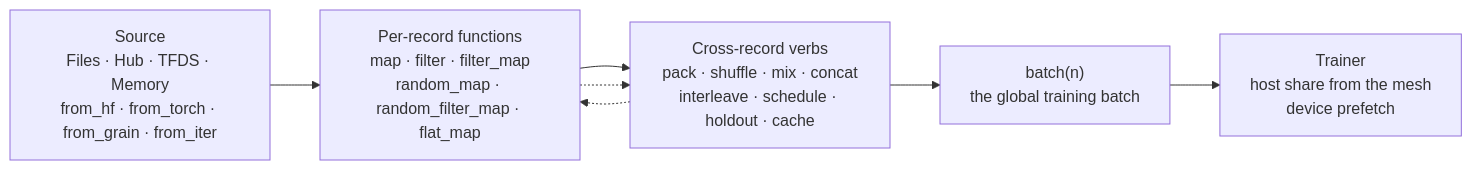
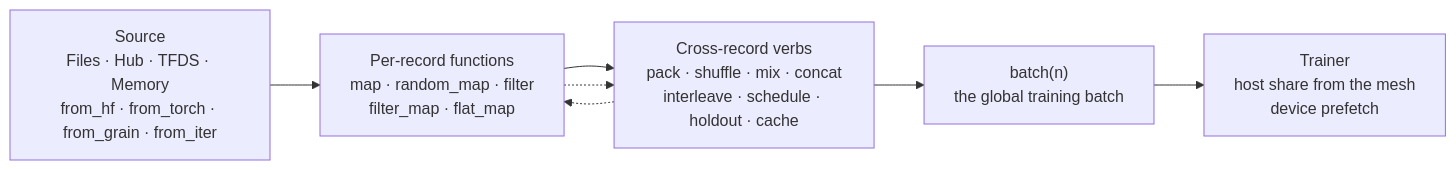
Before and after one commit to AshishKumar4/dew: the first of 6 diagrams in docs/design/data.md, drawn with Mermaid. The commit also changed other lines of this file, not shown here.

````diff
--- a/docs/design/data.md
+++ b/docs/design/data.md
@@ -17,11 +17,11 @@
 ```mermaid
 flowchart LR
   S["Source<br/>Files · Hub · TFDS · Memory<br/>from_hf · from_torch · from_grain · from_iter"]
-  R["Per-record functions<br/>map · filter · filter_map<br/>random_map · random_filter_map · flat_map"]
+  R["Per-record functions<br/>map · random_map · filter<br/>filter_map · flat_map"]
   X["Cross-record verbs<br/>pack · shuffle · mix · concat<br/>interleave · schedule · holdout · cache"]
   B["batch(n)<br/>the global training batch"]
   T["Trainer<br/>host share from the mesh<br/>device prefetch"]
   S --> R --> X --> B --> T
   R -.-> X
   X -.-> R
 ```
````
